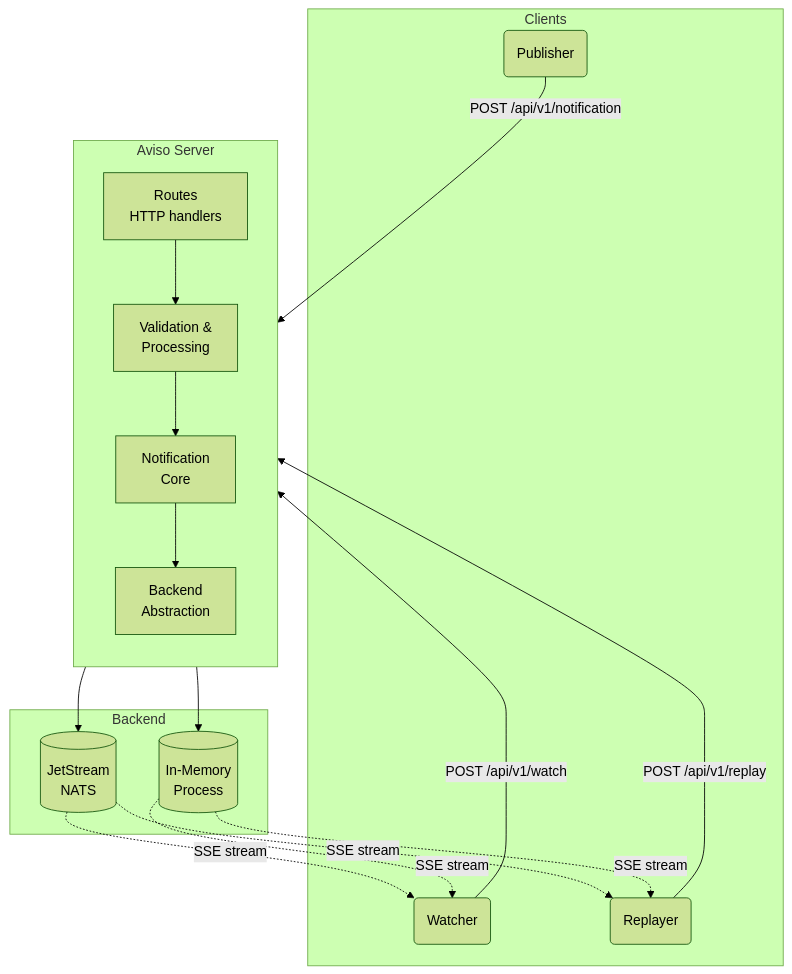
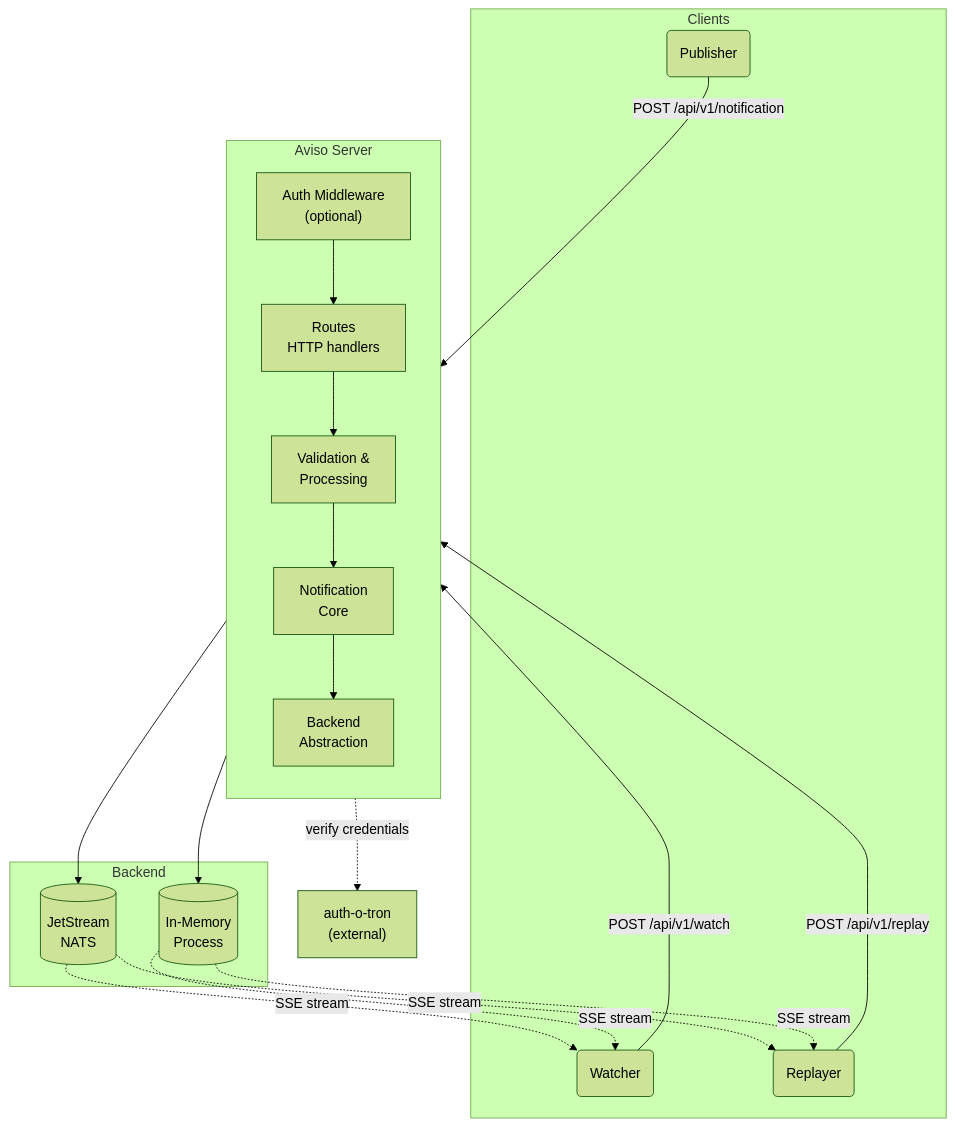
One commit to ecmwf/aviso-server changed the first of 5 diagrams in docs/src/architecture.md. Above: the diagram before and after it, drawn with Mermaid (forest theme). The commit also changed other lines of this file and 4 other files, not shown here.

First line of the commit message:
docs(auth): update docs and diagrams for realm-scoped roles

````diff
--- a/docs/src/architecture.md
+++ b/docs/src/architecture.md
@@ -10,36 +10,41 @@
 ```mermaid
 graph TB
     subgraph Clients
         P(Publisher)
         W(Watcher)
         R(Replayer)
     end
 
     subgraph "Aviso Server"
         direction TB
+        AM["Auth Middleware<br/>(optional)"]
         RT["Routes<br/>HTTP handlers"]
         VP["Validation &<br/>Processing"]
         NC["Notification<br/>Core"]
         BE["Backend<br/>Abstraction"]
     end
 
+    AOT["auth-o-tron<br/>(external)"]
+
     subgraph Backend
         JS[("JetStream<br/>NATS")]
         IM[("In-Memory<br/>Process")]
     end
 
-    P -->|POST /api/v1/notification| RT
-    W -->|POST /api/v1/watch| RT
-    R -->|POST /api/v1/replay| RT
+    P -->|POST /api/v1/notification| AM
+    W -->|POST /api/v1/watch| AM
+    R -->|POST /api/v1/replay| AM
 
+    AM -.->|verify credentials| AOT
+    AM --> RT
     RT --> VP
     VP --> NC
     NC --> BE
     BE --> JS
     BE --> IM
 
     JS -.->|SSE stream| W
     JS -.->|SSE stream| R
     IM -.->|SSE stream| W
     IM -.->|SSE stream| R
 ```
````
